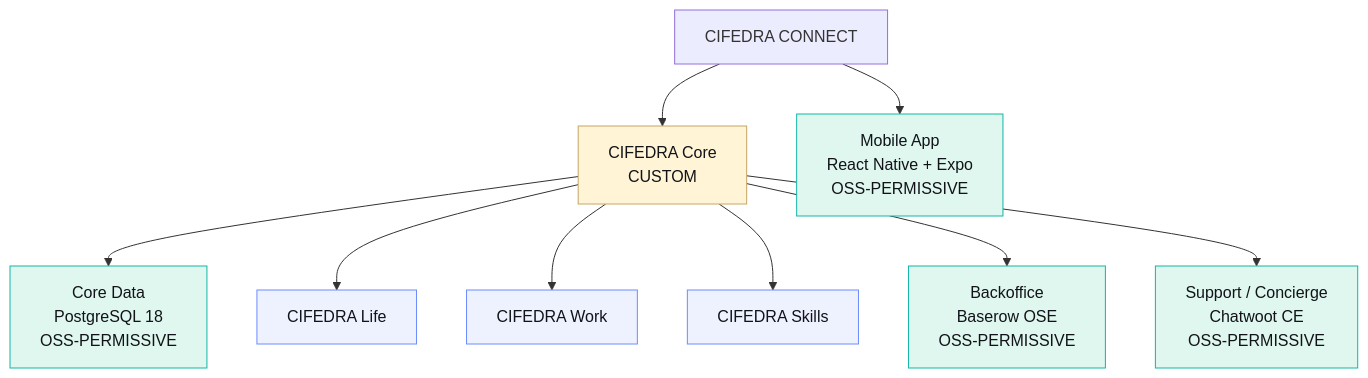
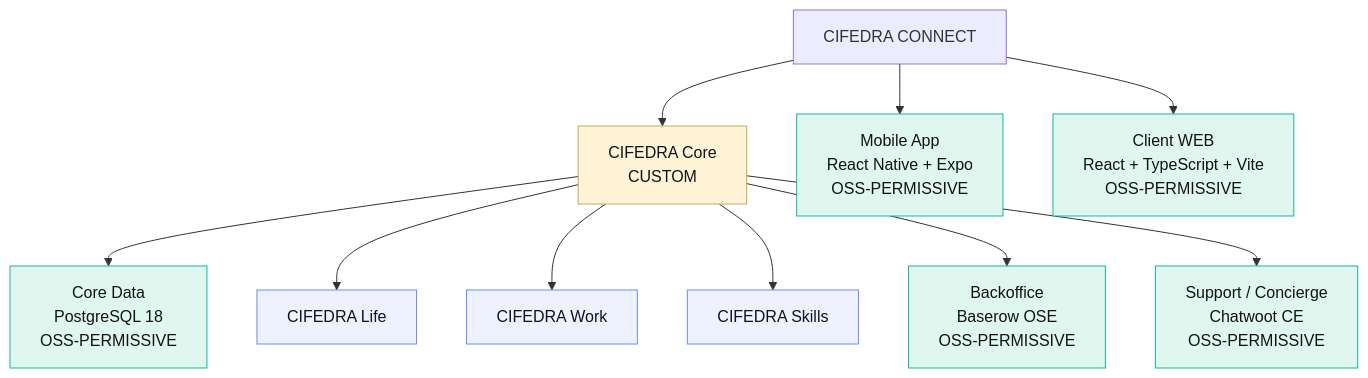
The first of 6 diagrams in knowledge/platforms/cifedra-connect-direction-solution-map.md (DIGITALATOM1/CIFEDRA), drawn with Mermaid before and after one commit. The commit also changed other lines of this file and 18 other files, not shown here.

Commit message:
Add client web application architecture

````diff
--- a/knowledge/platforms/cifedra-connect-direction-solution-map.md
+++ b/knowledge/platforms/cifedra-connect-direction-solution-map.md
@@ -27,26 +27,28 @@
 ```mermaid
 flowchart TB
   C["CIFEDRA CONNECT"]
   CORE["CIFEDRA Core<br/>CUSTOM"]
   MOBILE["Mobile App<br/>React Native + Expo<br/>OSS-PERMISSIVE"]
+  WEB["Client WEB<br/>React + TypeScript + Vite<br/>OSS-PERMISSIVE"]
   DATA["Core Data<br/>PostgreSQL 18<br/>OSS-PERMISSIVE"]
   OPS["Backoffice<br/>Baserow OSE<br/>OSS-PERMISSIVE"]
   SUPPORT["Support / Concierge<br/>Chatwoot CE<br/>OSS-PERMISSIVE"]
 
   C --> MOBILE
+  C --> WEB
   C --> CORE
   CORE --> DATA
   CORE --> LIFE["CIFEDRA Life"]
   CORE --> WORK["CIFEDRA Work"]
   CORE --> SKILLS["CIFEDRA Skills"]
   CORE --> OPS
   CORE --> SUPPORT
 
   classDef custom fill:#fff4d6,stroke:#c7a663,color:#111318
   classDef permissive fill:#dff7ee,stroke:#10b7a6,color:#111318
   classDef direction fill:#eef2ff,stroke:#6c8cff,color:#111318
 
   class CORE custom
-  class MOBILE,DATA,OPS,SUPPORT permissive
+  class MOBILE,WEB,DATA,OPS,SUPPORT permissive
   class LIFE,WORK,SKILLS direction
 ```
````
